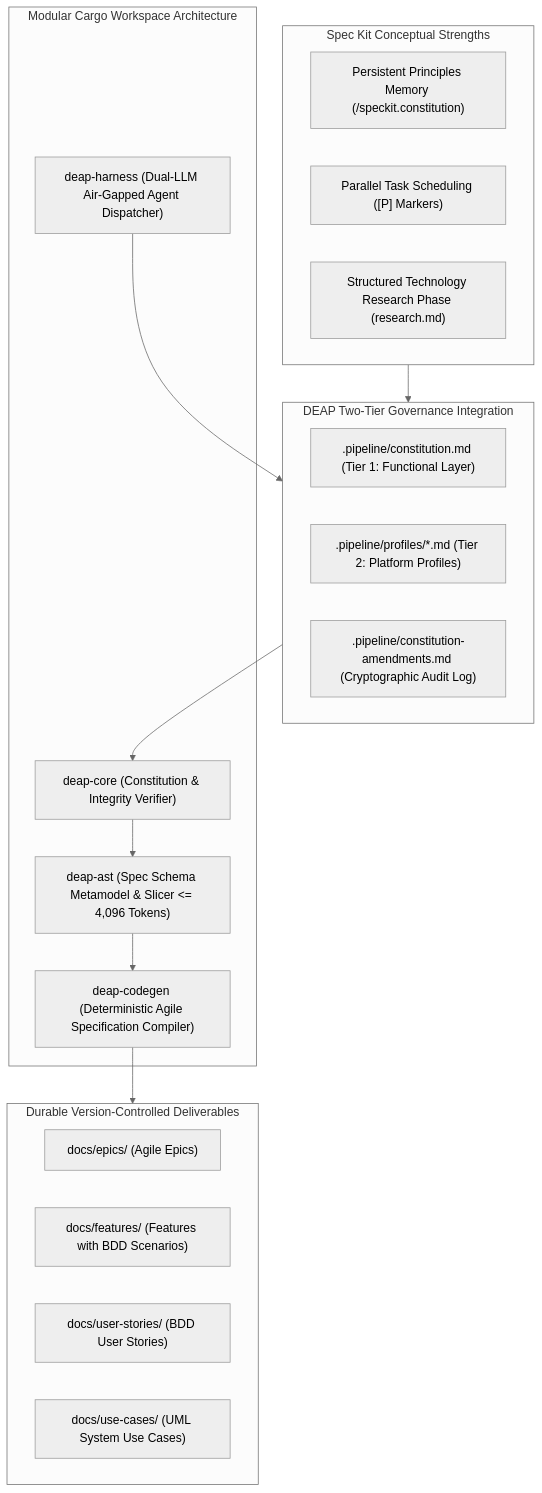
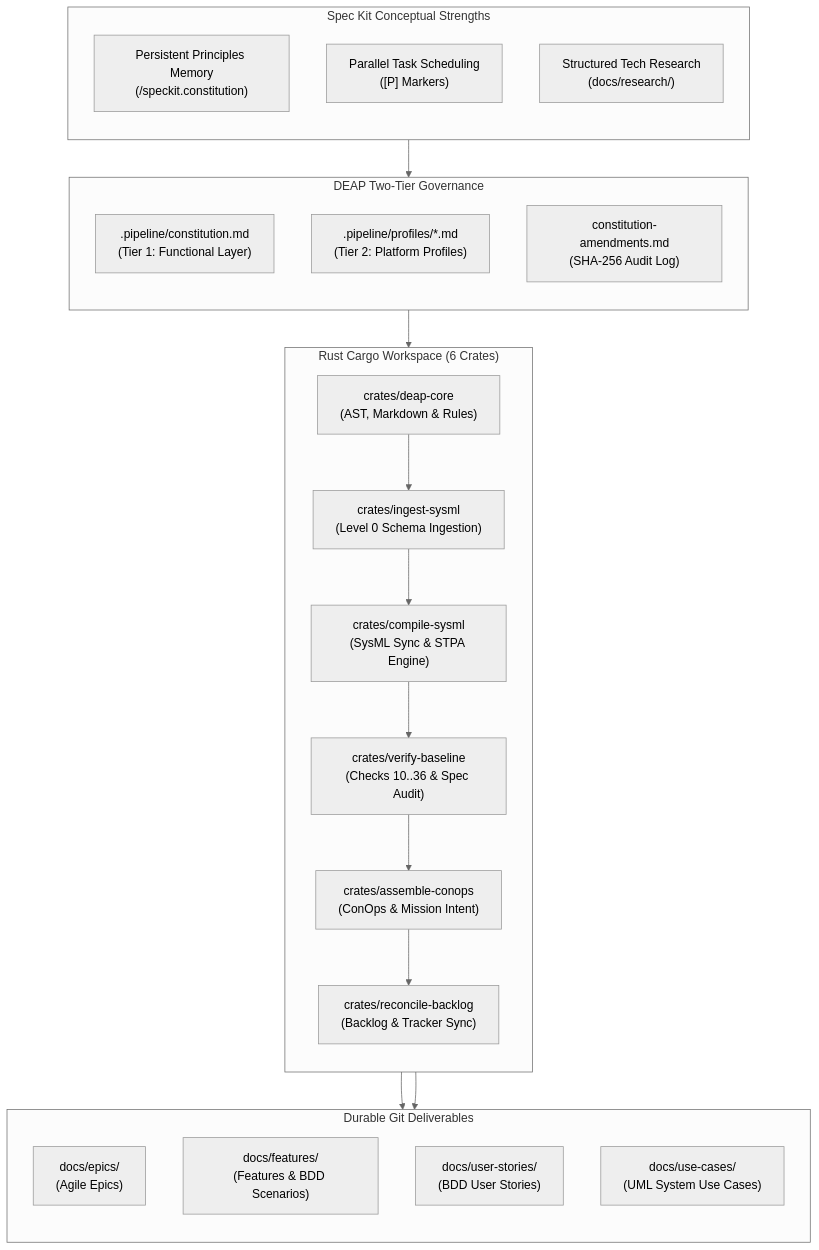
One commit to gintatkinson/DEAP01-spec-core changed the diagram in docs/architecture/blueprints/SPECKIT_NATIVE_INTEGRATION.md. Above: the diagram before and after it, drawn with Mermaid (neutral theme). The commit also changed other lines of this file and 28 other files, not shown here.

Commit message:
feat(verify-baseline,deap-core,compile-sysml): implement Option C blueprint capabilities and Check 37 blueprint grounding gate

````diff
--- a/docs/architecture/blueprints/SPECKIT_NATIVE_INTEGRATION.md
+++ b/docs/architecture/blueprints/SPECKIT_NATIVE_INTEGRATION.md
@@ -40,35 +40,44 @@
 ```mermaid
 flowchart TD
     subgraph SpecKit_Concepts ["Spec Kit Conceptual Strengths"]
-        ConstMemory["Persistent Principles Memory (/speckit.constitution)"]
-        ParallelMarkers["Parallel Task Scheduling ([P] Markers)"]
-        TechResearch["Structured Technology Research Phase (research.md)"]
+        direction TB
+        ConstMemory["Persistent Principles Memory<br/>(/speckit.constitution)"]
+        ParallelMarkers["Parallel Task Scheduling<br/>([P] Markers)"]
+        TechResearch["Structured Tech Research<br/>(docs/research/)"]
     end
 
-    subgraph DEAP_Native ["DEAP Two-Tier Governance Integration"]
-        Tier1Const[".pipeline/constitution.md (Tier 1: Functional Layer)"]
-        Tier2Profiles[".pipeline/profiles/*.md (Tier 2: Platform Profiles)"]
-        AmendLog[".pipeline/constitution-amendments.md (Cryptographic Audit Log)"]
+    subgraph DEAP_Native ["DEAP Two-Tier Governance"]
+        direction TB
+        Tier1Const[".pipeline/constitution.md<br/>(Tier 1: Functional Layer)"]
+        Tier2Profiles[".pipeline/profiles/*.md<br/>(Tier 2: Platform Profiles)"]
+        AmendLog["constitution-amendments.md<br/>(SHA-256 Audit Log)"]
     end
 
-    subgraph RustWorkspace ["Modular Cargo Workspace Architecture"]
-        CoreCrate["deap-core (Constitution & Integrity Verifier)"]
-        AstCrate["deap-ast (Spec Schema Metamodel & Slicer <= 4,096 Tokens)"]
-        CodegenCrate["deap-codegen (Deterministic Agile Specification Compiler)"]
-        HarnessCrate["deap-harness (Dual-LLM Air-Gapped Agent Dispatcher)"]
+    subgraph RustWorkspace ["Rust Cargo Workspace (6 Crates)"]
+        direction TB
+        CoreCrate["crates/deap-core<br/>(AST, Markdown & Rules)"]
+        IngestCrate["crates/ingest-sysml<br/>(Level 0 Schema Ingestion)"]
+        CompileCrate["crates/compile-sysml<br/>(SysML Sync & STPA Engine)"]
+        VerifyCrate["crates/verify-baseline<br/>(Checks 10..36 & Spec Audit)"]
+        ConopsCrate["crates/assemble-conops<br/>(ConOps & Mission Intent)"]
+        ReconcileCrate["crates/reconcile-backlog<br/>(Backlog & Tracker Sync)"]
     end
 
-    subgraph Output_Deliverables ["Durable Version-Controlled Deliverables"]
-        Epics["docs/epics/ (Agile Epics)"]
-        Features["docs/features/ (Features with BDD Scenarios)"]
-        Stories["docs/user-stories/ (BDD User Stories)"]
-        UseCases["docs/use-cases/ (UML System Use Cases)"]
+    subgraph Output_Deliverables ["Durable Git Deliverables"]
+        direction TB
+        Epics["docs/epics/<br/>(Agile Epics)"]
+        Features["docs/features/<br/>(Features & BDD Scenarios)"]
+        Stories["docs/user-stories/<br/>(BDD User Stories)"]
+        UseCases["docs/use-cases/<br/>(UML System Use Cases)"]
     end
 
     SpecKit_Concepts --> DEAP_Native
     DEAP_Native --> CoreCrate
-    CoreCrate --> AstCrate
-    AstCrate --> CodegenCrate
-    CodegenCrate --> Output_Deliverables
-    HarnessCrate --> DEAP_Native
+    CoreCrate --> IngestCrate
+    IngestCrate --> CompileCrate
+    CompileCrate --> VerifyCrate
+    VerifyCrate --> ConopsCrate
+    ConopsCrate --> ReconcileCrate
+    CompileCrate --> Output_Deliverables
+    ReconcileCrate --> Output_Deliverables
 ```
````
